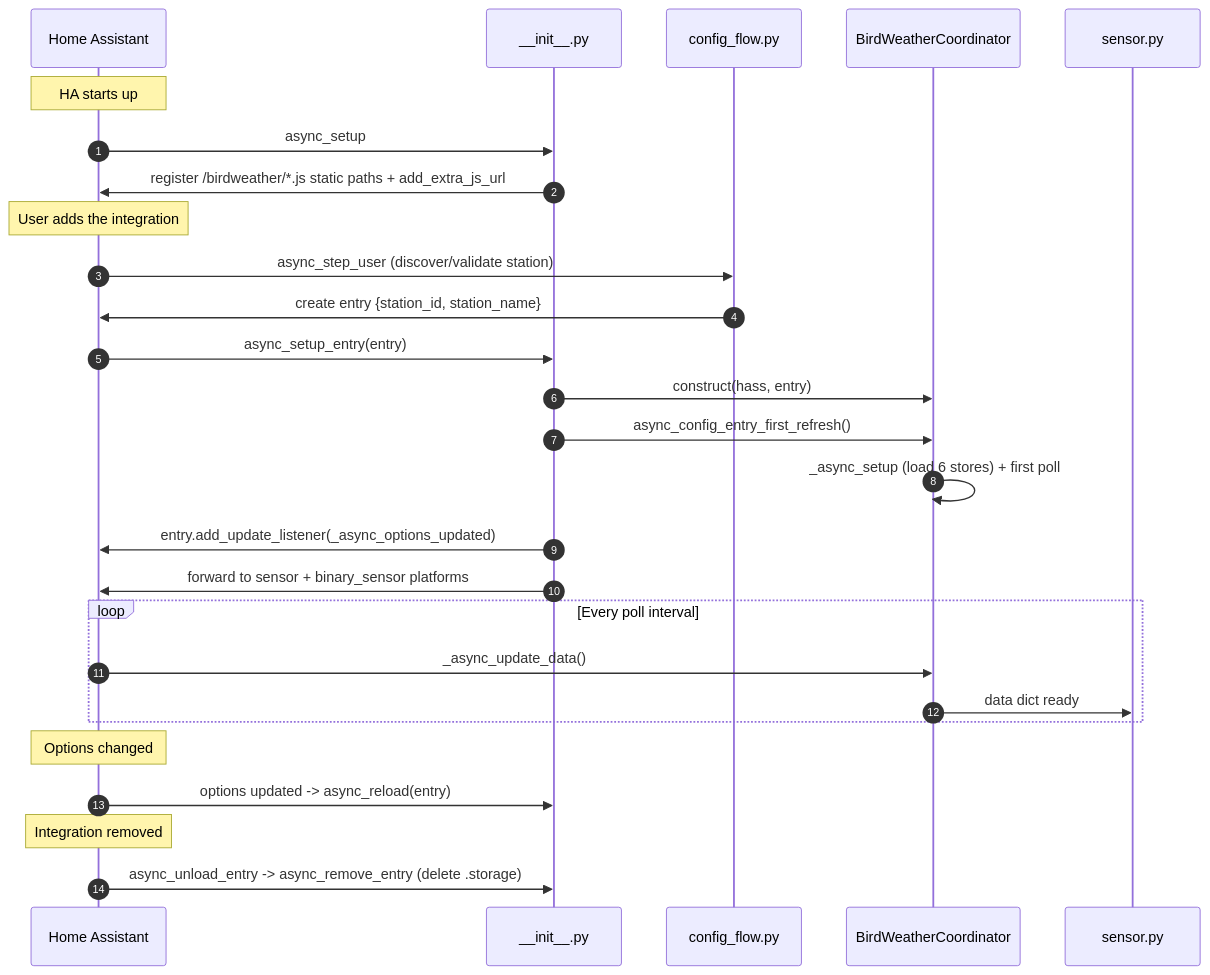
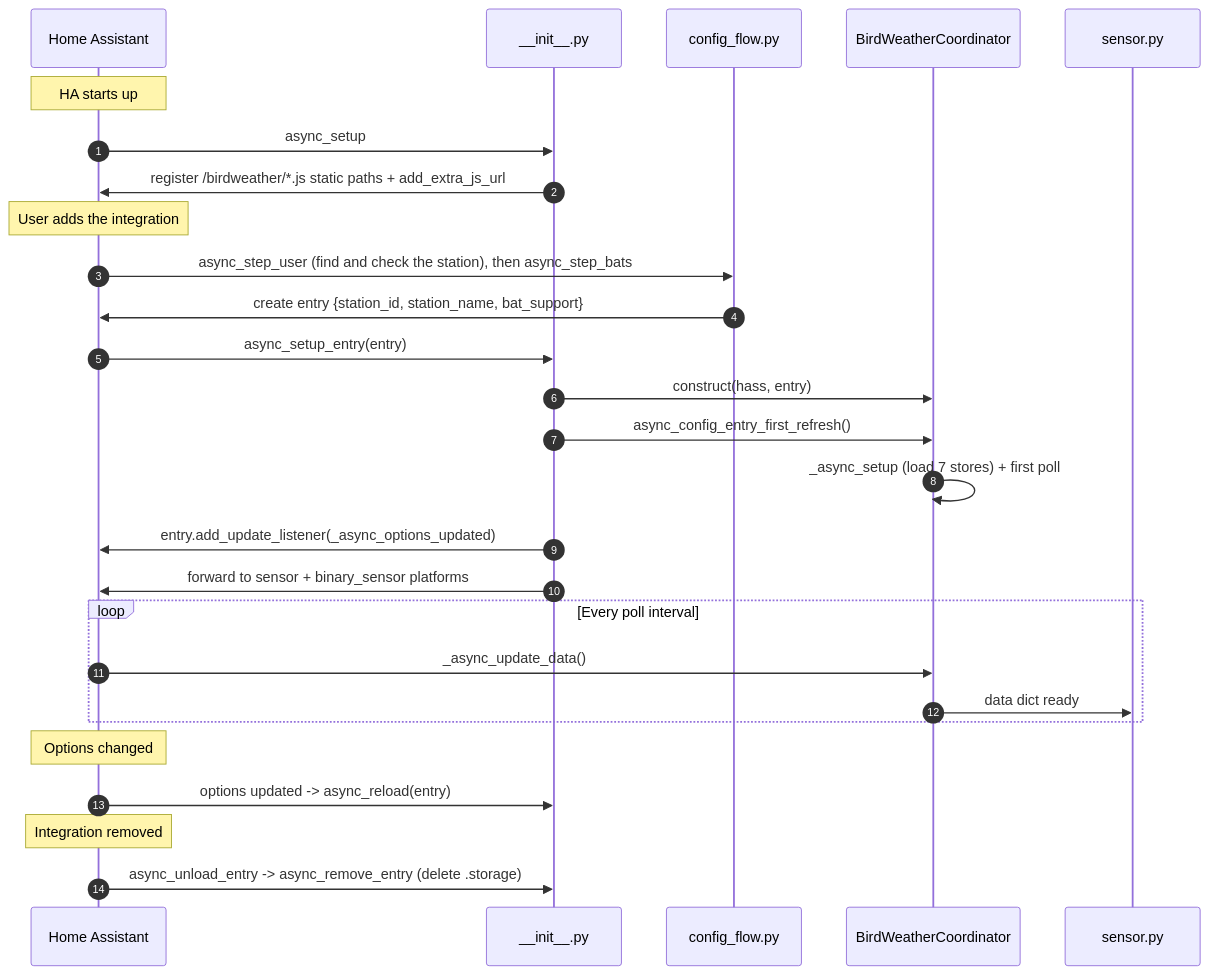
The second of 2 diagrams in docs/architecture.md (eklundjon/ha-birdweather), drawn with Mermaid before and after one commit. The commit also changed other lines of this file and 8 other files, not shown here.

````diff
--- a/docs/architecture.md
+++ b/docs/architecture.md
@@ -161,35 +134,35 @@
 ```mermaid
 sequenceDiagram
     autonumber
     participant HA as Home Assistant
     participant Init as __init__.py
     participant CF as config_flow.py
     participant Coord as BirdWeatherCoordinator
     participant Sensor as sensor.py
 
     Note over HA: HA starts up
     HA->>Init: async_setup
     Init->>HA: register /birdweather/*.js static paths + add_extra_js_url
 
     Note over HA: User adds the integration
-    HA->>CF: async_step_user (discover/validate station)
-    CF->>HA: create entry {station_id, station_name}
+    HA->>CF: async_step_user (find and check the station), then async_step_bats
+    CF->>HA: create entry {station_id, station_name, bat_support}
 
     HA->>Init: async_setup_entry(entry)
     Init->>Coord: construct(hass, entry)  # poll interval from options
     Init->>Coord: async_config_entry_first_refresh()
-    Coord->>Coord: _async_setup (load 6 stores) + first poll
+    Coord->>Coord: _async_setup (load 7 stores) + first poll
     Init->>HA: entry.add_update_listener(_async_options_updated)
     Init->>HA: forward to sensor + binary_sensor platforms
 
     loop Every poll interval
         HA->>Coord: _async_update_data()
         Coord->>Sensor: data dict ready
     end
 
     Note over HA: Options changed
     HA->>Init: options updated -> async_reload(entry)
 
     Note over HA: Integration removed
     HA->>Init: async_unload_entry -> async_remove_entry (delete .storage)
 ```
````
